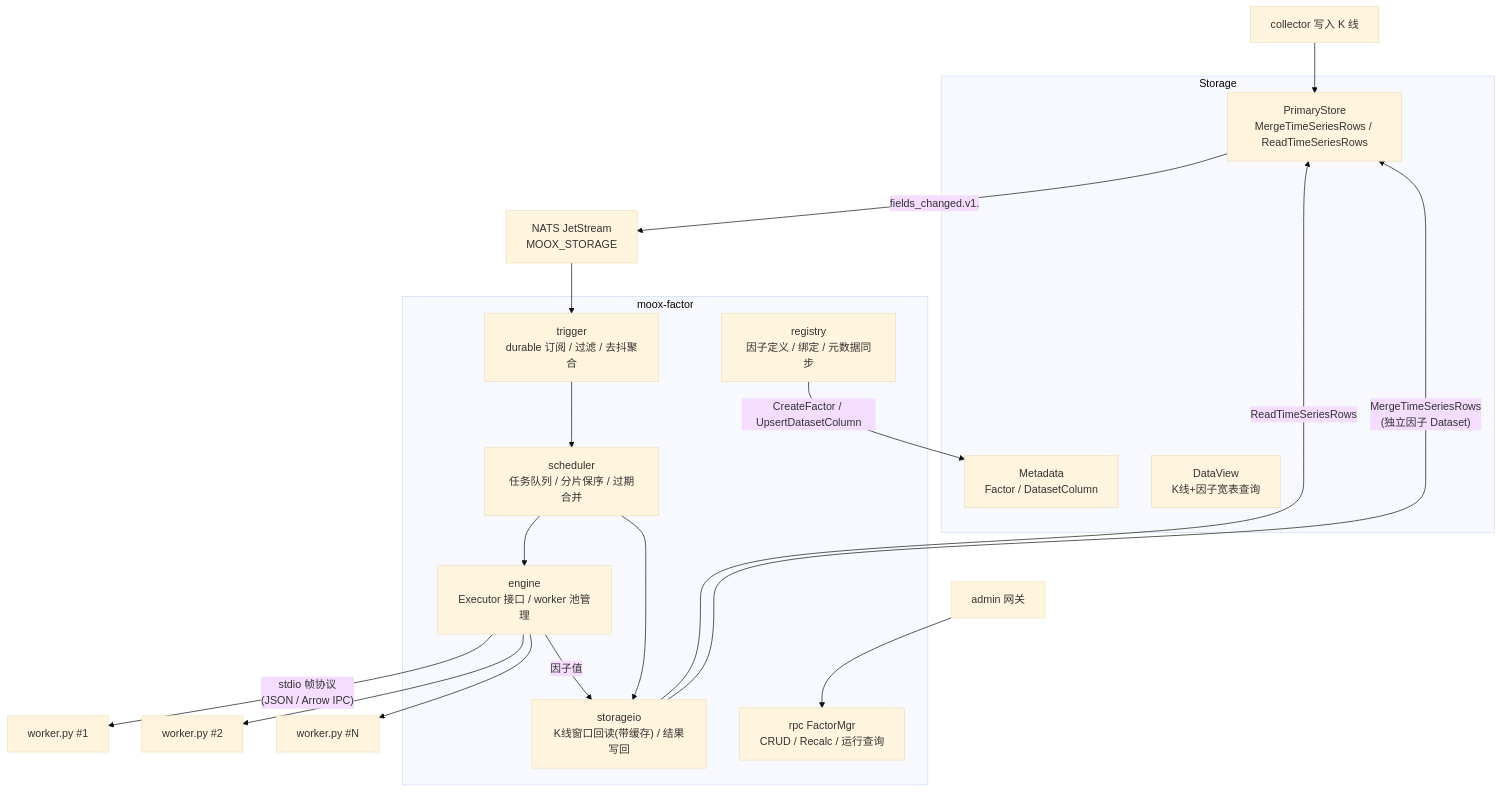
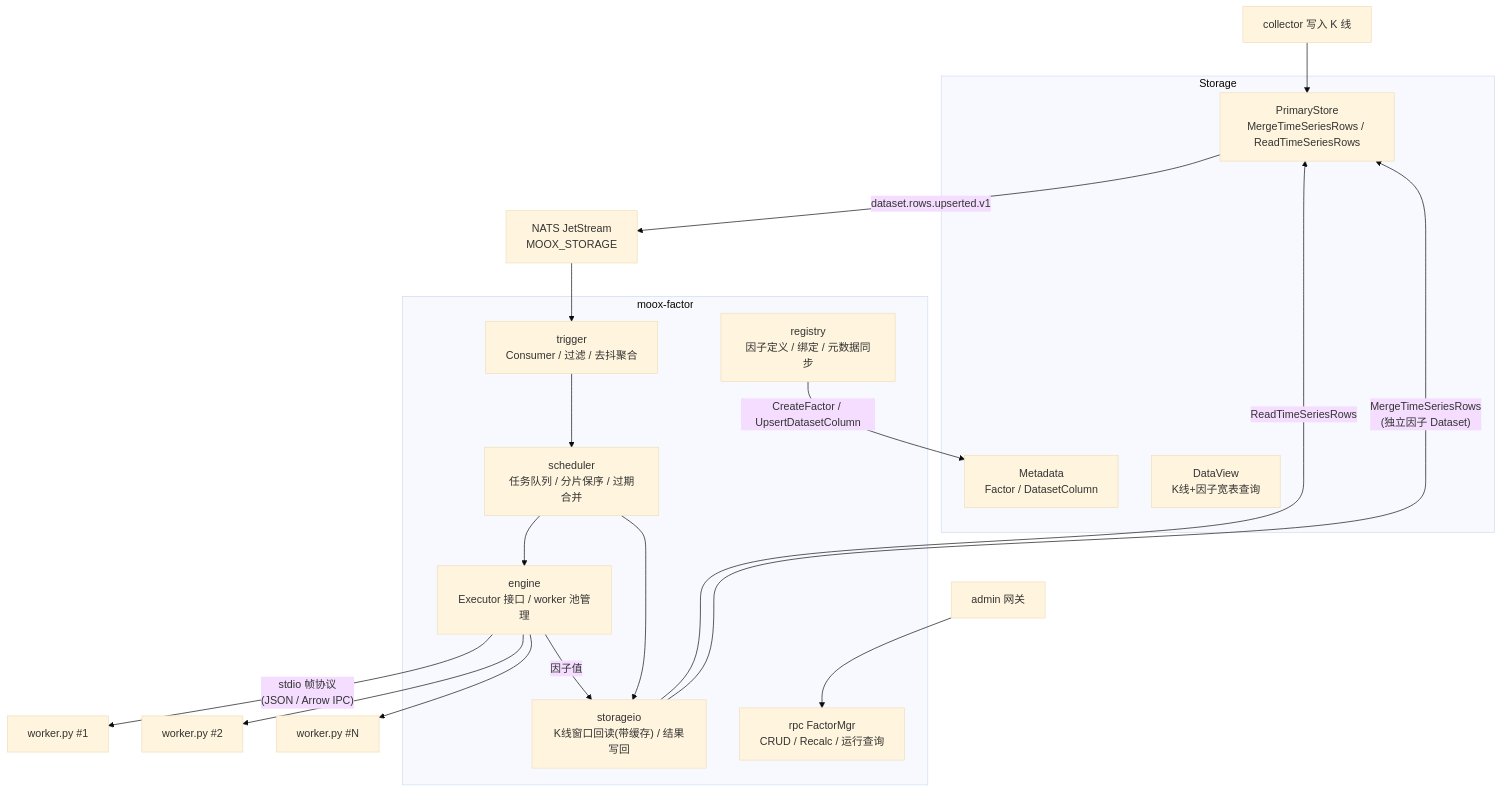
The second of 3 diagrams in docs/因子计算模块设计.md (mooyang-code/moox), drawn with Mermaid (base theme) before and after one commit. The commit also changed other lines of this file and 152 other files, not shown here.

Commit message:
refactor(events): simplify consumer ownership and trade flow

````diff
--- a/docs/因子计算模块设计.md
+++ b/docs/因子计算模块设计.md
@@ -64,31 +64,31 @@
 ```mermaid
 flowchart TB
   subgraph storage["Storage"]
     PrimaryStore["PrimaryStore<br/>MergeTimeSeriesRows / ReadTimeSeriesRows"]
     Meta["Metadata<br/>Factor / DatasetColumn"]
     View["DataView<br/>K线+因子宽表查询"]
   end
 
   Collector["collector 写入 K 线"] --> PrimaryStore
-  PrimaryStore -- "fields_changed.v1.<shard>" --> JS["NATS JetStream<br/>MOOX_STORAGE"]
+  PrimaryStore -- "dataset.rows.upserted.v1" --> JS["NATS JetStream<br/>MOOX_STORAGE"]
 
   subgraph factor["moox-factor"]
-    Trigger["trigger<br/>durable 订阅 / 过滤 / 去抖聚合"]
+    Trigger["trigger<br/>Consumer / 过滤 / 去抖聚合"]
     Sched["scheduler<br/>任务队列 / 分片保序 / 过期合并"]
     SIO["storageio<br/>K线窗口回读(带缓存) / 结果写回"]
     Engine["engine<br/>Executor 接口 / worker 池管理"]
     Registry["registry<br/>因子定义 / 绑定 / 元数据同步"]
     RPC["rpc FactorMgr<br/>CRUD / Recalc / 运行查询"]
   end
 
   JS --> Trigger --> Sched --> Engine
   Sched --> SIO
   SIO -- ReadTimeSeriesRows --> PrimaryStore
   Engine -- "stdio 帧协议<br/>(JSON / Arrow IPC)" --> W1["worker.py #1"]
   Engine --> W2["worker.py #2"]
   Engine --> WN["worker.py #N"]
   Engine -- 因子值 --> SIO
   SIO -- "MergeTimeSeriesRows<br/>(独立因子 Dataset)" --> PrimaryStore
   Registry -- "CreateFactor / UpsertDatasetColumn" --> Meta
   Admin["admin 网关"] --> RPC
 ```
````
